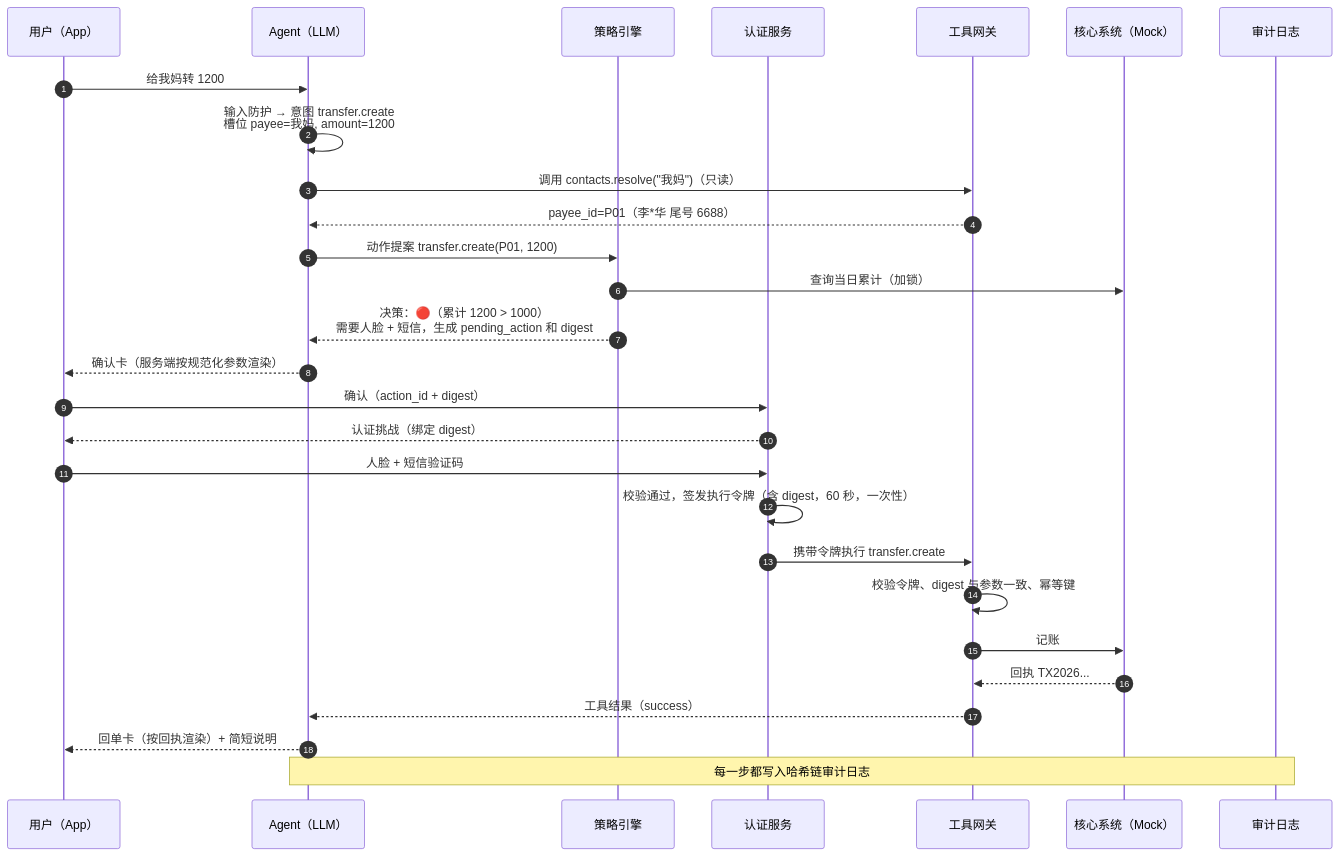
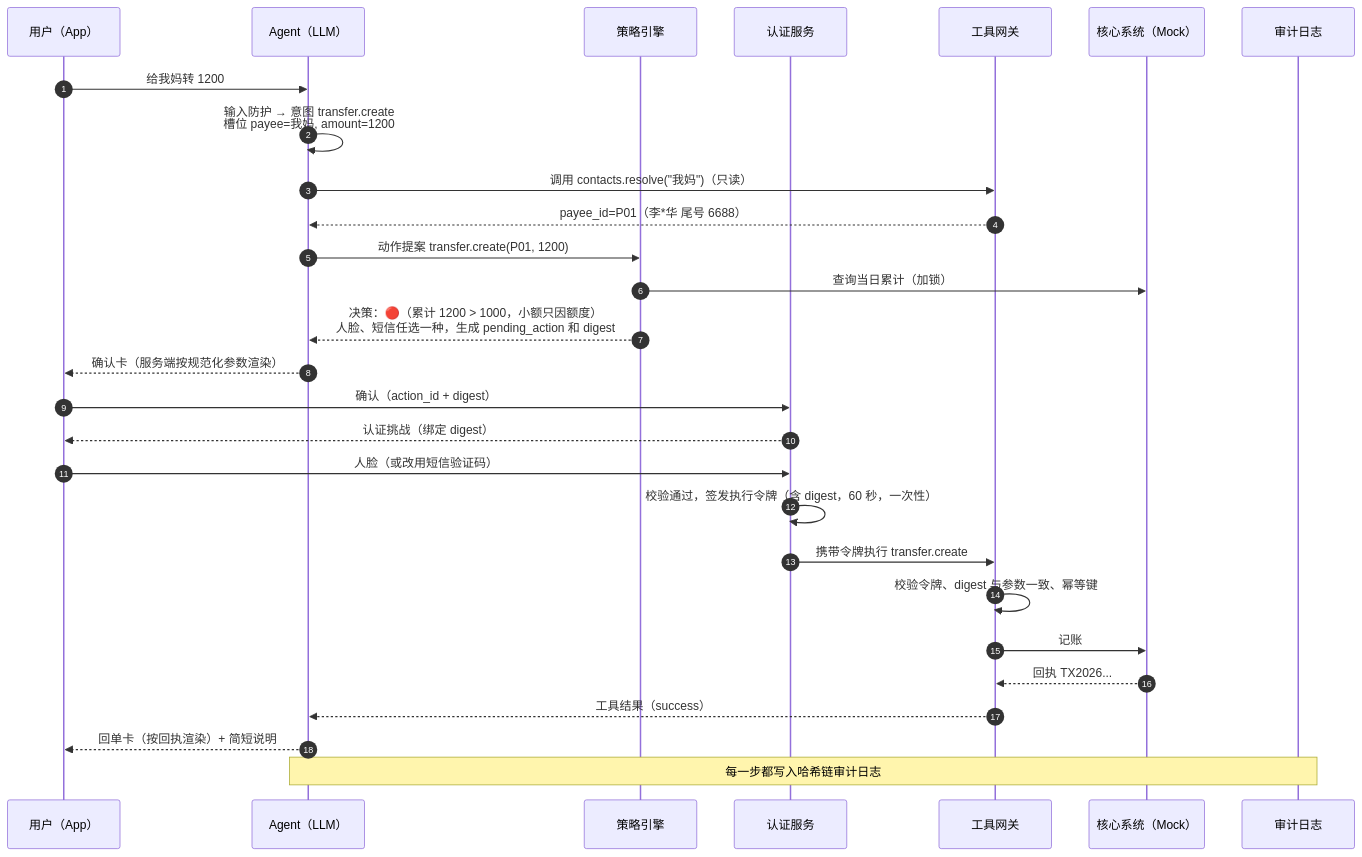
The second of 9 diagrams in docs/02-产品技术文档.md (SuperWheel/saydo-agent), drawn with Mermaid before and after one commit. The commit also changed other lines of this file and 16 other files, not shown here.

````diff
--- a/docs/02-产品技术文档.md
+++ b/docs/02-产品技术文档.md
@@ -121,31 +121,31 @@
 ```mermaid
 sequenceDiagram
     autonumber
     participant U as 用户（App）
     participant A as Agent（LLM）
     participant P as 策略引擎
     participant S as 认证服务
     participant T as 工具网关
     participant C as 核心系统（Mock）
     participant L as 审计日志
 
     U->>A: 给我妈转 1200
     A->>A: 输入防护 → 意图 transfer.create<br/>槽位 payee=我妈, amount=1200
     A->>T: 调用 contacts.resolve("我妈")（只读）
     T-->>A: payee_id=P01（李*华 尾号 6688）
     A->>P: 动作提案 transfer.create(P01, 1200)
     P->>C: 查询当日累计（加锁）
-    P-->>A: 决策：🔴（累计 1200 > 1000）<br/>需要人脸 + 短信，生成 pending_action 和 digest
+    P-->>A: 决策：🔴（累计 1200 > 1000，小额只因额度）<br/>人脸、短信任选一种，生成 pending_action 和 digest
     A-->>U: 确认卡（服务端按规范化参数渲染）
     U->>S: 确认（action_id + digest）
     S-->>U: 认证挑战（绑定 digest）
-    U->>S: 人脸 + 短信验证码
+    U->>S: 人脸（或改用短信验证码）
     S->>S: 校验通过，签发执行令牌（含 digest，60 秒，一次性）
     S->>T: 携带令牌执行 transfer.create
     T->>T: 校验令牌、digest 与参数一致、幂等键
     T->>C: 记账
     C-->>T: 回执 TX2026...
     T-->>A: 工具结果（success）
     A-->>U: 回单卡（按回执渲染）+ 简短说明
     Note over A,L: 每一步都写入哈希链审计日志
 ```
````
